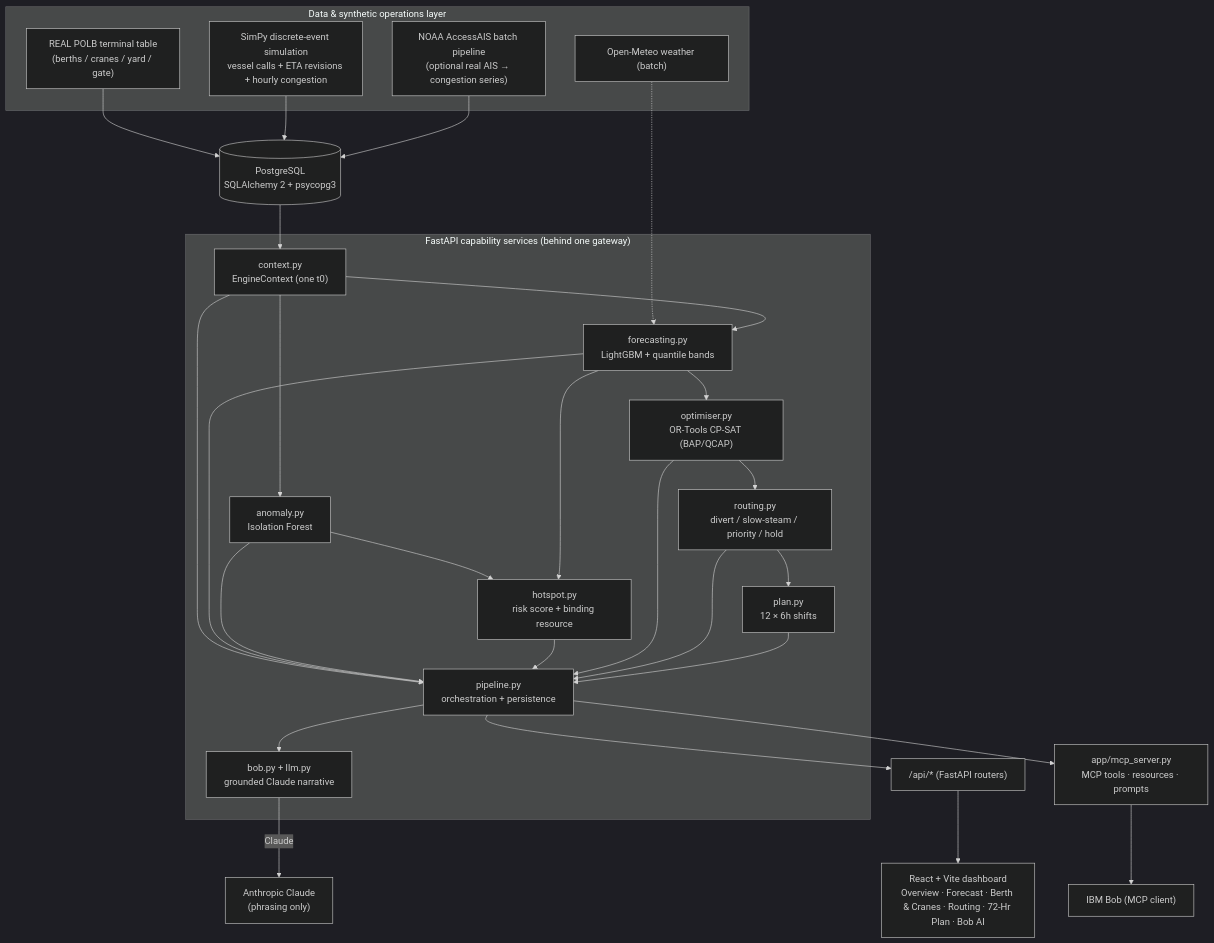
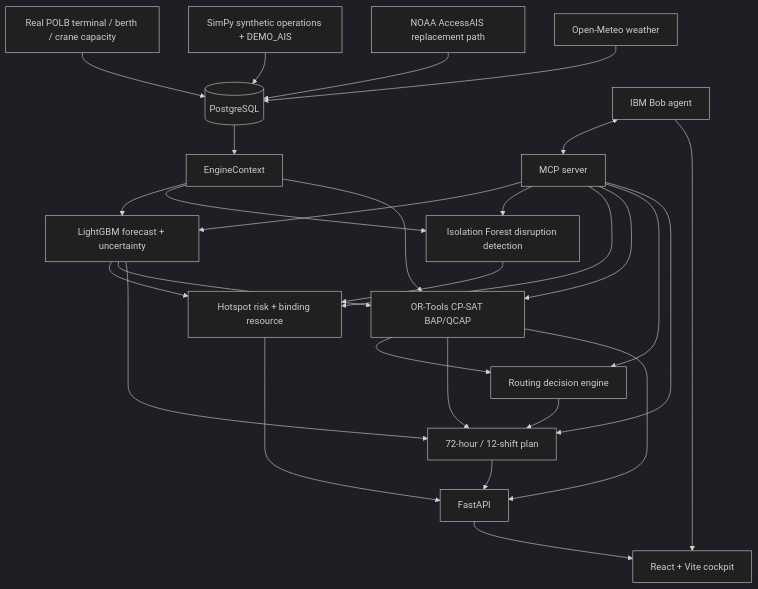
One commit to Aryan-B-Parikh/bob-ai-hackathon-elevatex changed the diagram in docs/architecture.md. Above: the diagram before and after it, drawn with Mermaid (dark theme). The commit also changed other lines of this file, not shown here.

Commit message:
Align architecture documentation with PortPulse AI and IBM Bob-only agent flow

````diff
--- a/docs/architecture.md
+++ b/docs/architecture.md
@@ -9,47 +7,33 @@
 ```mermaid
 flowchart TB
-    subgraph DATA["Data & synthetic operations layer"]
-        REF["REAL POLB terminal table<br/>(berths / cranes / yard / gate)"]
-        SIM["SimPy discrete-event simulation<br/>vessel calls + ETA revisions + hourly congestion"]
-        AIS["NOAA AccessAIS batch pipeline<br/>(optional real AIS → congestion series)"]
-        WX["Open-Meteo weather (batch)"]
-    end
+    REF["Real POLB terminal / berth / crane capacity"] --> DB[("PostgreSQL")]
+    SIM["SimPy synthetic operations + DEMO_AIS"] --> DB
+    AIS["NOAA AccessAIS replacement path"] --> DB
+    WX["Open-Meteo weather"] --> DB
 
-    DB[("PostgreSQL<br/>SQLAlchemy 2 + psycopg3")]
+    DB --> CTX["EngineContext"]
+    CTX --> FC["LightGBM forecast + uncertainty"]
+    CTX --> AN["Isolation Forest disruption detection"]
+    FC --> HS["Hotspot risk + binding resource"]
+    AN --> HS
+    FC --> OPT["OR-Tools CP-SAT BAP/QCAP"]
+    CTX --> OPT
+    OPT --> RT["Routing decision engine"]
+    OPT --> PL["72-hour / 12-shift plan"]
+    RT --> PL
+    FC --> PL
 
-    subgraph SVC["FastAPI capability services (behind one gateway)"]
-        CTX["context.py<br/>EngineContext (one t0)"]
-        FC["forecasting.py<br/>LightGBM + quantile bands"]
-        AN["anomaly.py<br/>Isolation Forest"]
-        HS["hotspot.py<br/>risk score + binding resource"]
-        OPT["optimiser.py<br/>OR-Tools CP-SAT (BAP/QCAP)"]
-        RT["routing.py<br/>divert / slow-steam / priority / hold"]
-        PL["plan.py<br/>12 × 6h shifts"]
-        BOB["bob.py + llm.py<br/>grounded Claude narrative"]
-        PIPE["pipeline.py<br/>orchestration + persistence"]
-    end
+    PL --> API["FastAPI"]
+    HS --> API
+    OPT --> API
+    API --> UI["React + Vite cockpit"]
 
-    UI["React + Vite dashboard<br/>Overview · Forecast · Berth & Cranes · Routing · 72-Hr Plan · Bob AI"]
-
-    REF --> DB
-    SIM --> DB
-    AIS --> DB
-    WX -.-> FC
-    DB --> CTX --> FC
-    CTX --> AN --> HS
-    FC --> HS
-    FC --> OPT --> RT --> PL
-    CTX --> PIPE
-    FC --> PIPE
-    AN --> PIPE
-    HS --> PIPE
-    OPT --> PIPE
-    RT --> PIPE
-    PL --> PIPE
-    PIPE --> BOB
-    BOB -->|Claude| LLM["Anthropic Claude<br/>(phrasing only)"]
-    PIPE --> API["/api/* (FastAPI routers)"]
-    API --> UI
-    PIPE --> MCP["app/mcp_server.py<br/>MCP tools · resources · prompts"]
-    MCP --> BOBAGENT["IBM Bob (MCP client)"]
+    MCP["MCP server"] --> FC
+    MCP --> AN
+    MCP --> HS
+    MCP --> OPT
+    MCP --> RT
+    MCP --> PL
+    BOB["IBM Bob agent"] <--> MCP
+    BOB --> UI
 ```
````
